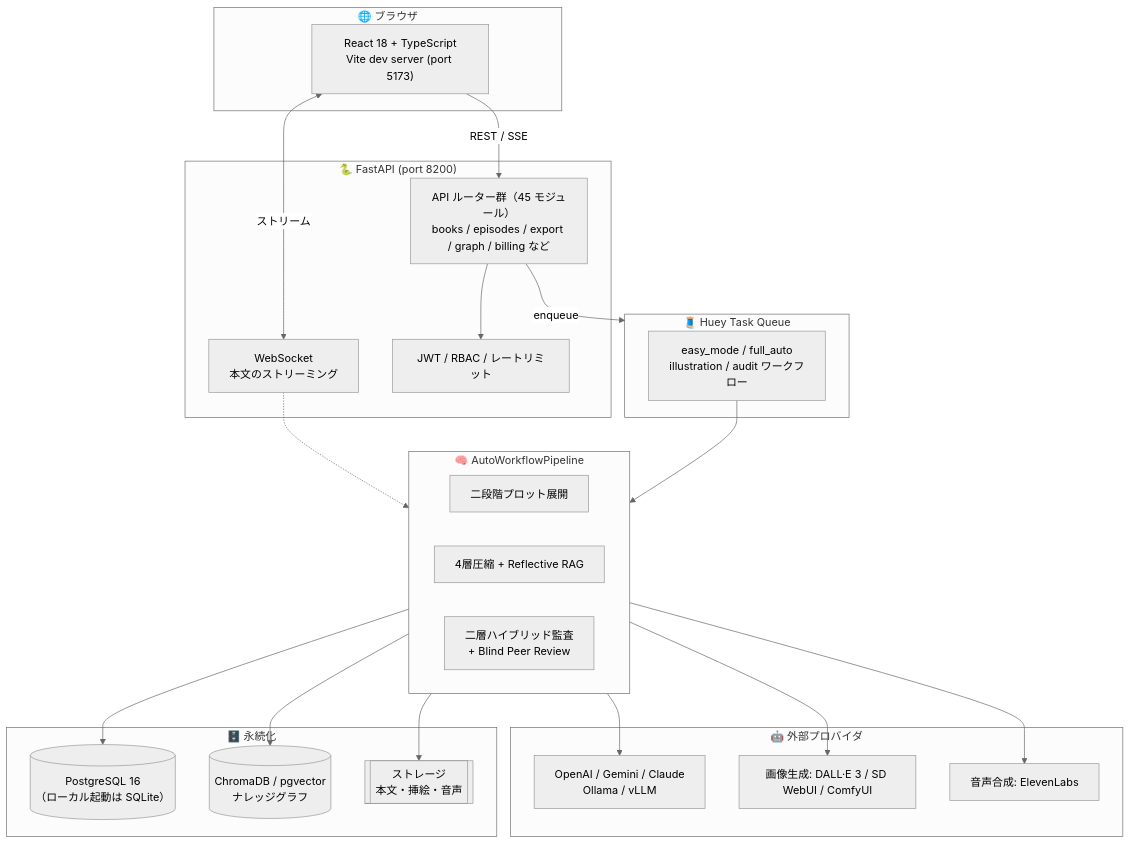
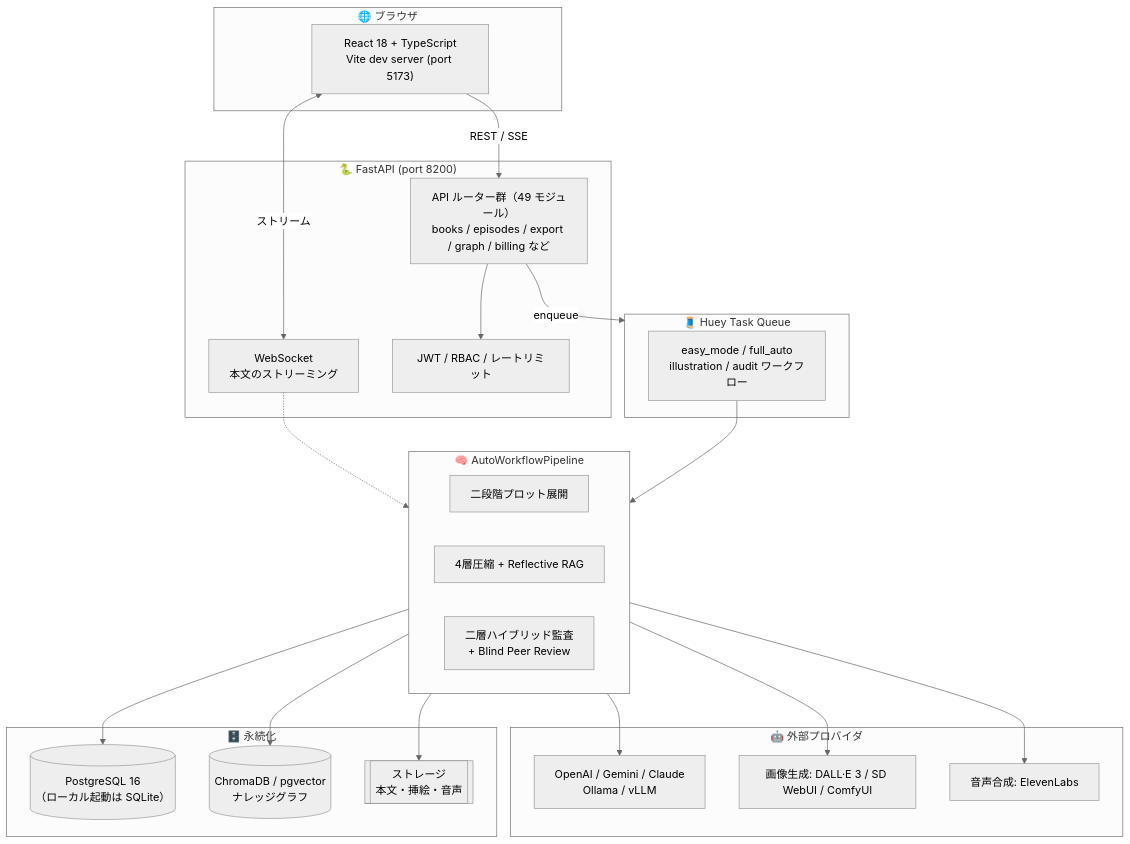
Before and after one commit to annahoikuen-debug/autonovel: the second of 2 diagrams in README.md, drawn with Mermaid (neutral theme). The commit also changed other lines of this file and 4 other files, not shown here.

````diff
--- a/README.md
+++ b/README.md
@@ -199,47 +199,47 @@
 ```mermaid
 flowchart TB
     subgraph Browser["🌐 ブラウザ"]
         UI["React 18 + TypeScript<br/>Vite dev server (port 5173)"]
     end
 
     subgraph API["🐍 FastAPI (port 8200)"]
-        R["API ルーター群（45 モジュール）<br/>books / episodes / export / graph / billing など"]
+        R["API ルーター群（49 モジュール）<br/>books / episodes / export / graph / billing など"]
         WS["WebSocket<br/>本文のストリーミング"]
         GUARD["JWT / RBAC / レートリミット"]
     end
 
     subgraph WORKER["🧵 Huey Task Queue"]
         W1["easy_mode / full_auto<br/>illustration / audit ワークフロー"]
     end
 
     subgraph CORE["🧠 AutoWorkflowPipeline"]
         C1["二段階プロット展開"]
         C2["4層圧縮 + Reflective RAG"]
         C3["二層ハイブリッド監査<br/>+ Blind Peer Review"]
     end
 
     subgraph DATA["🗄️ 永続化"]
         DB[("PostgreSQL 16<br/>（ローカル起動は SQLite）")]
         VEC[("ChromaDB / pgvector<br/>ナレッジグラフ")]
         FS[["ストレージ<br/>本文・挿絵・音声"]]
     end
 
     subgraph LLM["🤖 外部プロバイダ"]
         P1["OpenAI / Gemini / Claude<br/>Ollama / vLLM"]
         P2["画像生成: DALL·E 3 / SD WebUI / ComfyUI"]
         P3["音声合成: ElevenLabs"]
     end
 
     UI -->|"REST / SSE"| R
     UI <-->|"ストリーム"| WS
     R --> GUARD
     R -->|"enqueue"| WORKER
     W1 --> CORE
     CORE --> DB
     CORE --> VEC
     CORE --> FS
     CORE --> P1
     CORE --> P2
     CORE --> P3
     WS -.-> CORE
 ```
````
